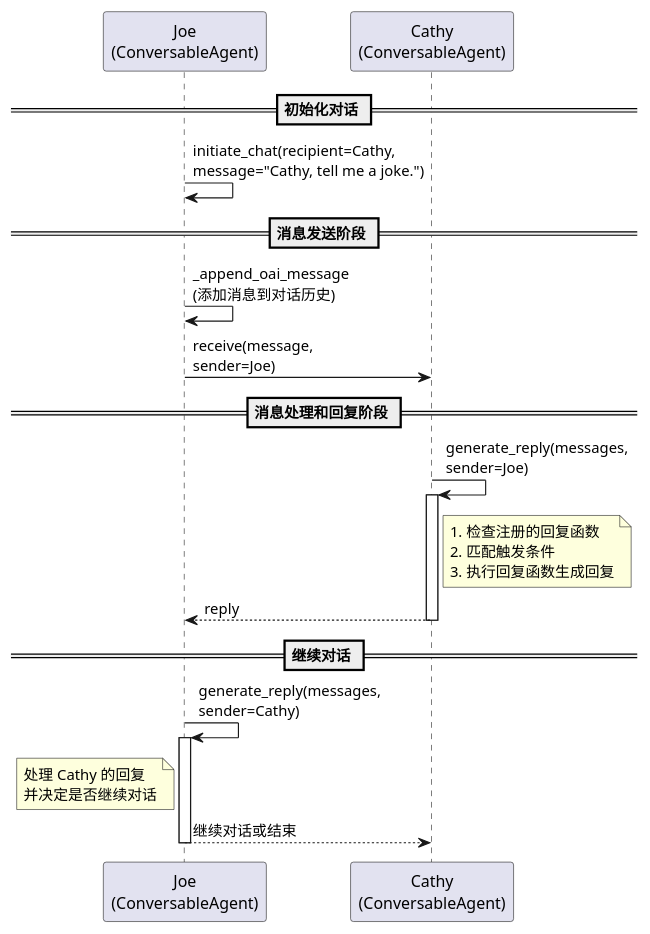
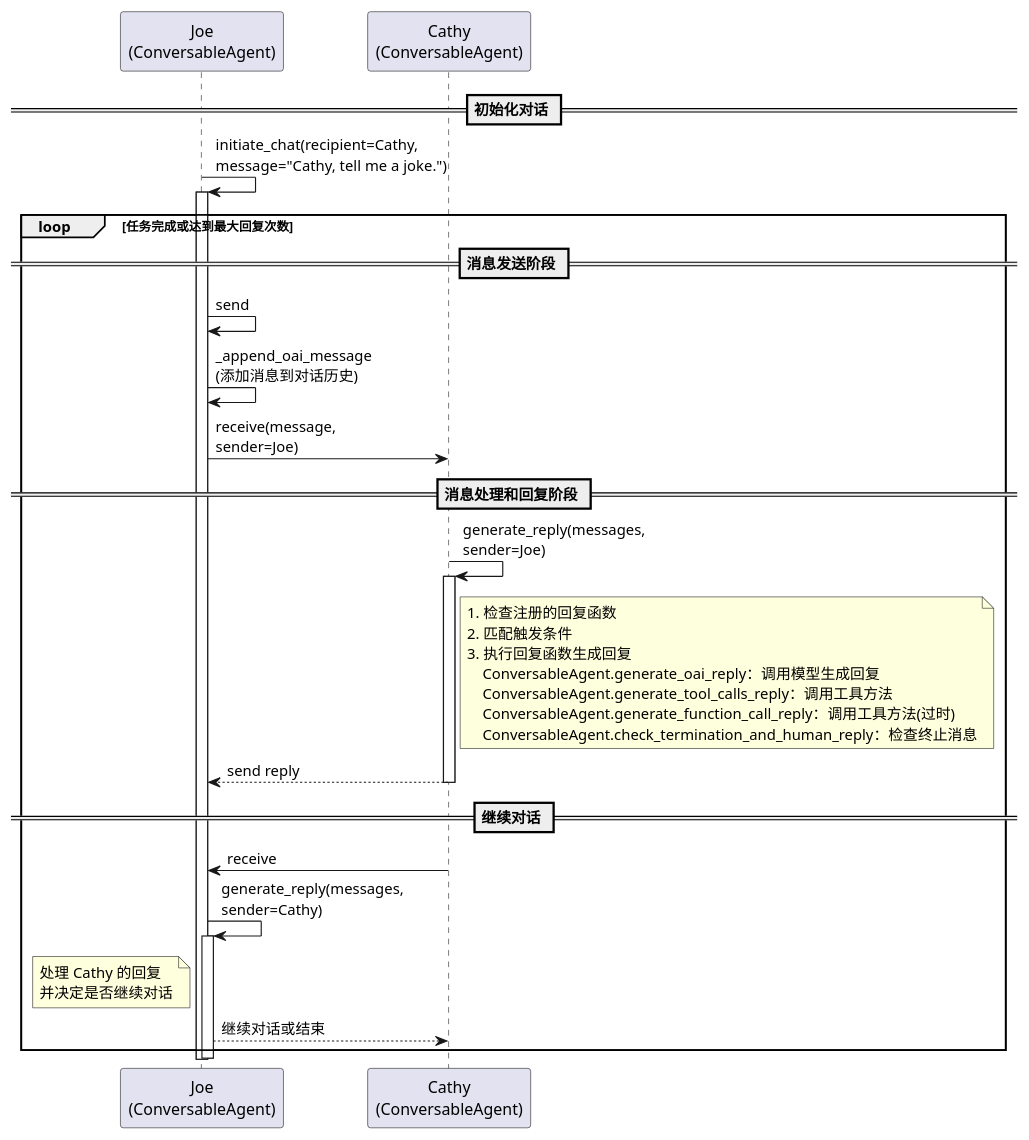
Before and after one commit to lichangjiang/autogen-learning: the second of 2 diagrams in learning/agentchat.md, drawn with PlantUML.

Commit message:
refactor(custom): 修改agentchat.md

````diff
--- a/learning/agentchat.md
+++ b/learning/agentchat.md
@@ -459,35 +459,43 @@
 ```plantuml
 @startuml
 participant Joe as "Joe\n(ConversableAgent)"
 participant Cathy as "Cathy\n(ConversableAgent)"
 
 == 初始化对话 ==
 Joe -> Joe: initiate_chat(recipient=Cathy,\nmessage="Cathy, tell me a joke.")
-
+activate Joe
+loop 任务完成或达到最大回复次数
 == 消息发送阶段 ==
+Joe -> Joe: send
 Joe -> Joe: _append_oai_message\n(添加消息到对话历史)
 Joe -> Cathy: receive(message,\nsender=Joe)
 
 == 消息处理和回复阶段 ==
 Cathy -> Cathy: generate_reply(messages,\nsender=Joe)
 activate Cathy
 note right of Cathy
   1. 检查注册的回复函数
   2. 匹配触发条件
   3. 执行回复函数生成回复
+      ConversableAgent.generate_oai_reply：调用模型生成回复
+      ConversableAgent.generate_tool_calls_reply：调用工具方法
+      ConversableAgent.generate_function_call_reply：调用工具方法(过时)
+      ConversableAgent.check_termination_and_human_reply：检查终止消息
 end note
-Cathy --> Joe: reply
+Cathy --> Joe: send reply
 deactivate Cathy
 
 == 继续对话 ==
+Cathy -> Joe: receive
 Joe -> Joe: generate_reply(messages,\nsender=Cathy)
 activate Joe
 note left of Joe
   处理 Cathy 的回复
   并决定是否继续对话
 end note
 Joe --> Cathy: 继续对话或结束
+end
 deactivate Joe
 
 @enduml
 ```
````
